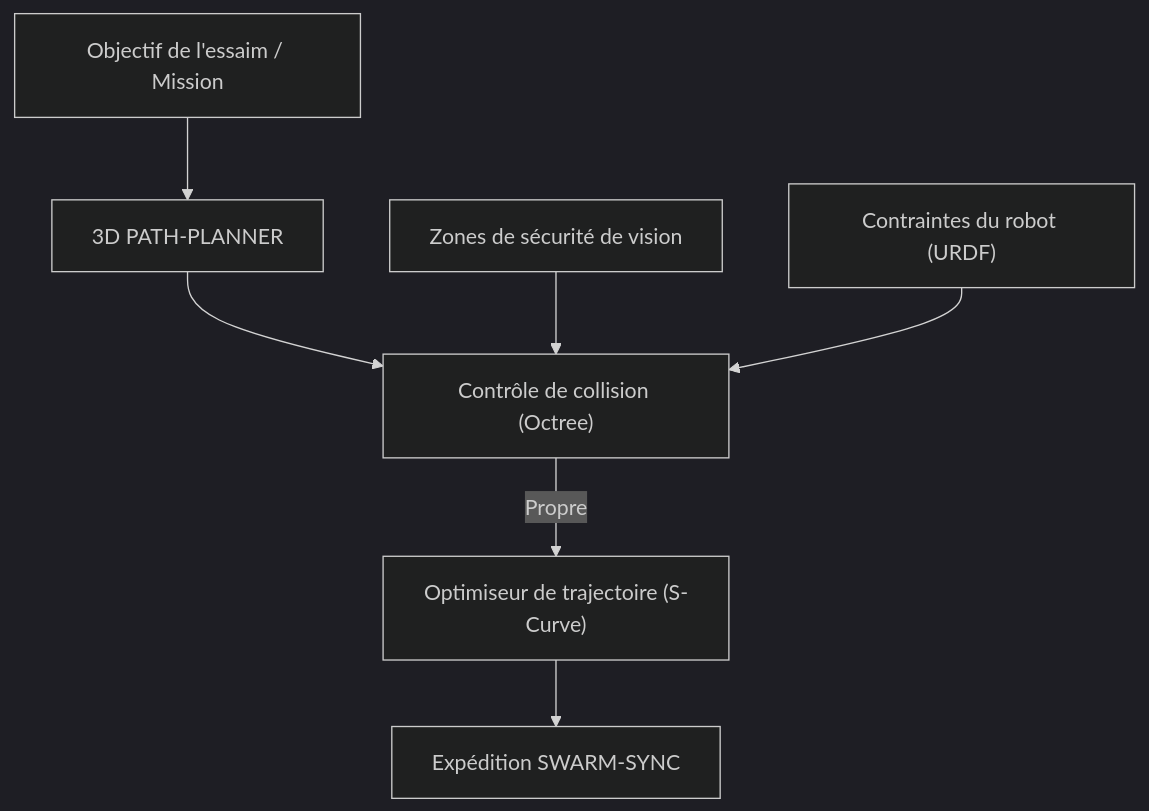
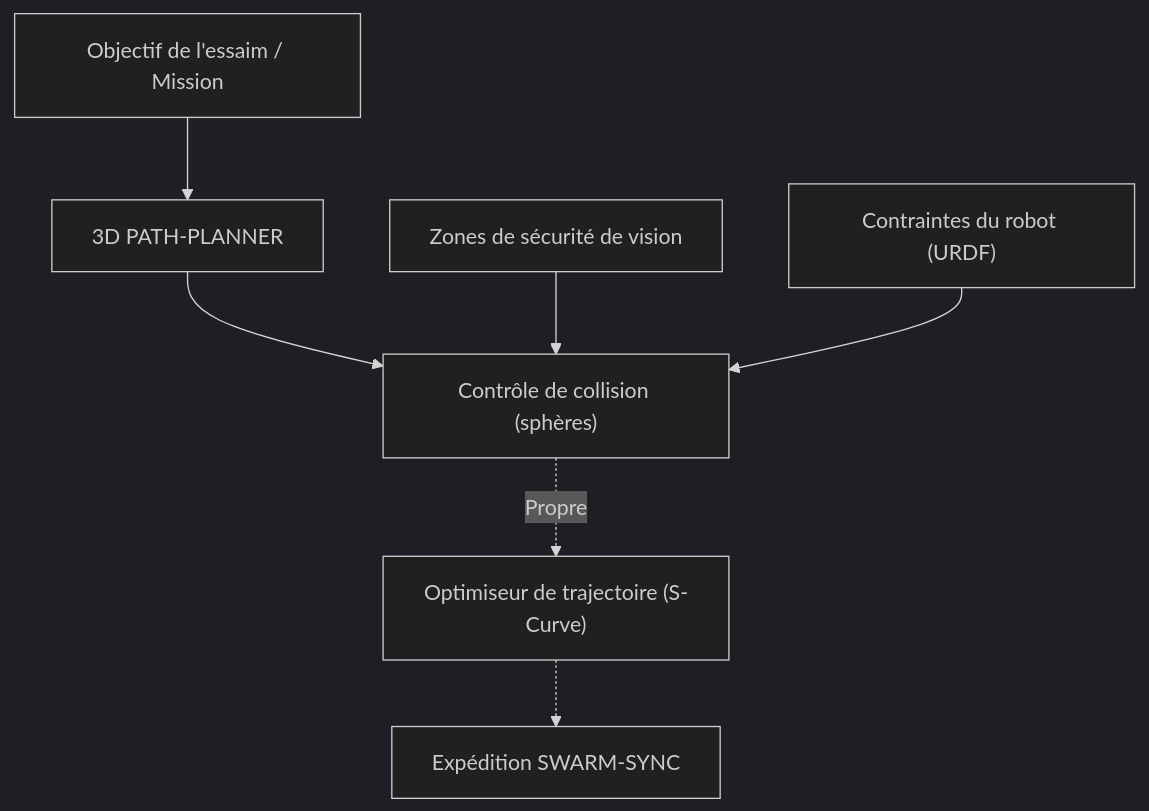
Before and after one commit to JuanenRac/HYDRA-UMC-PATH-PLANNER-3D: the diagram in README_fra.md, drawn with Mermaid (dark theme). The commit also changed other lines of this file and 20 other files, not shown here.

````diff
--- a/README_fra.md
+++ b/README_fra.md
@@ -39,9 +40,9 @@
 ```mermaid
 flowchart TB
     GOAL["Objectif de l'essaim / Mission"] --> PLAN["3D PATH-PLANNER"]
-    PLAN --> COLL["Contrôle de collision (Octree)"]
+    PLAN --> COLL["Contrôle de collision (sphères)"]
     VIS["Zones de sécurité de vision"] --> COLL
     TWIN["Contraintes du robot (URDF)"] --> COLL
-    COLL -- Propre --> OPT["Optimiseur de trajectoire (S-Curve)"]
-    OPT --> SYNC["Expédition SWARM-SYNC"]
+    COLL -. Propre .-> OPT["Optimiseur de trajectoire (S-Curve)"]
+    OPT -.-> SYNC["Expédition SWARM-SYNC"]
 ```
````
